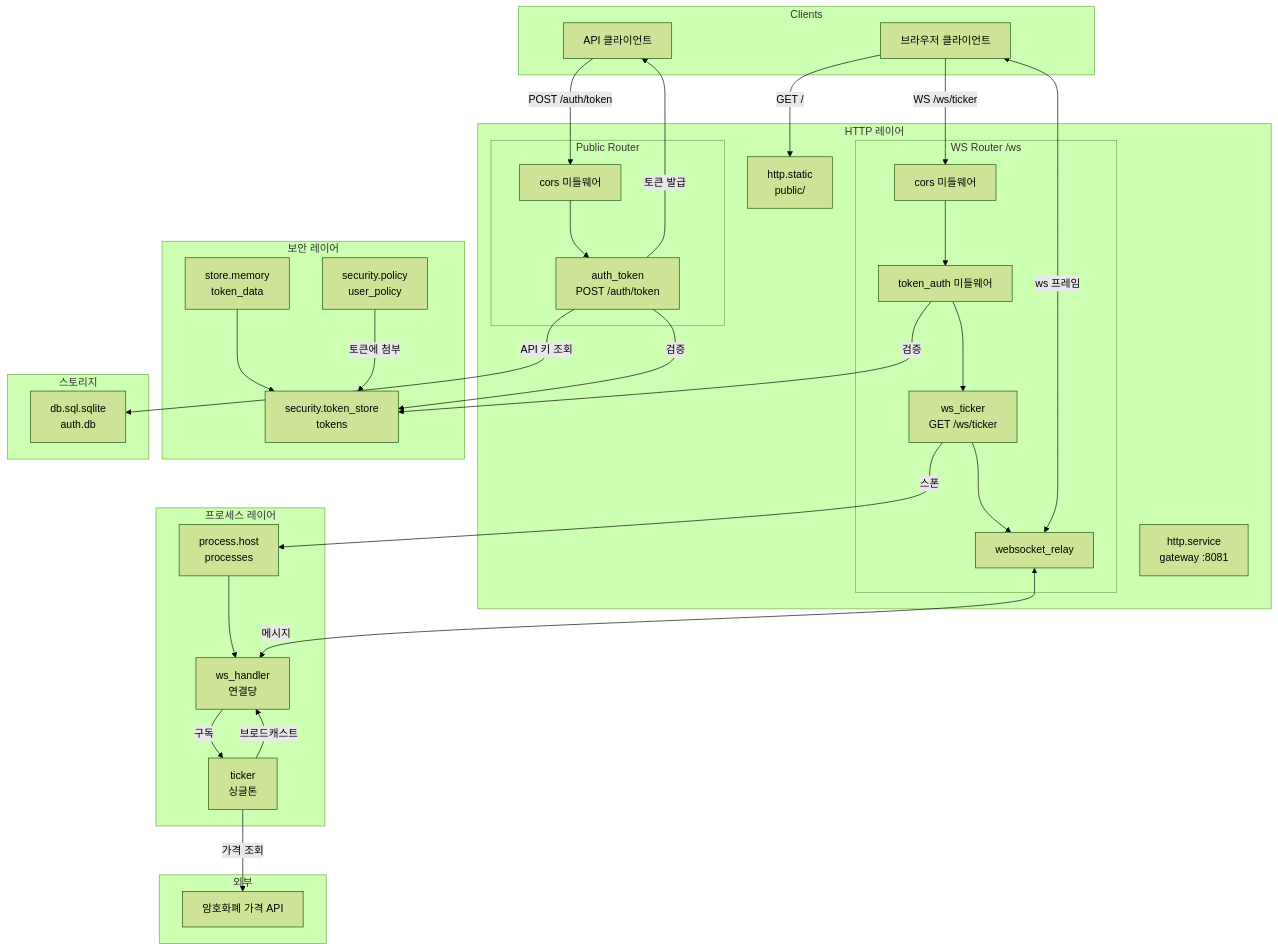
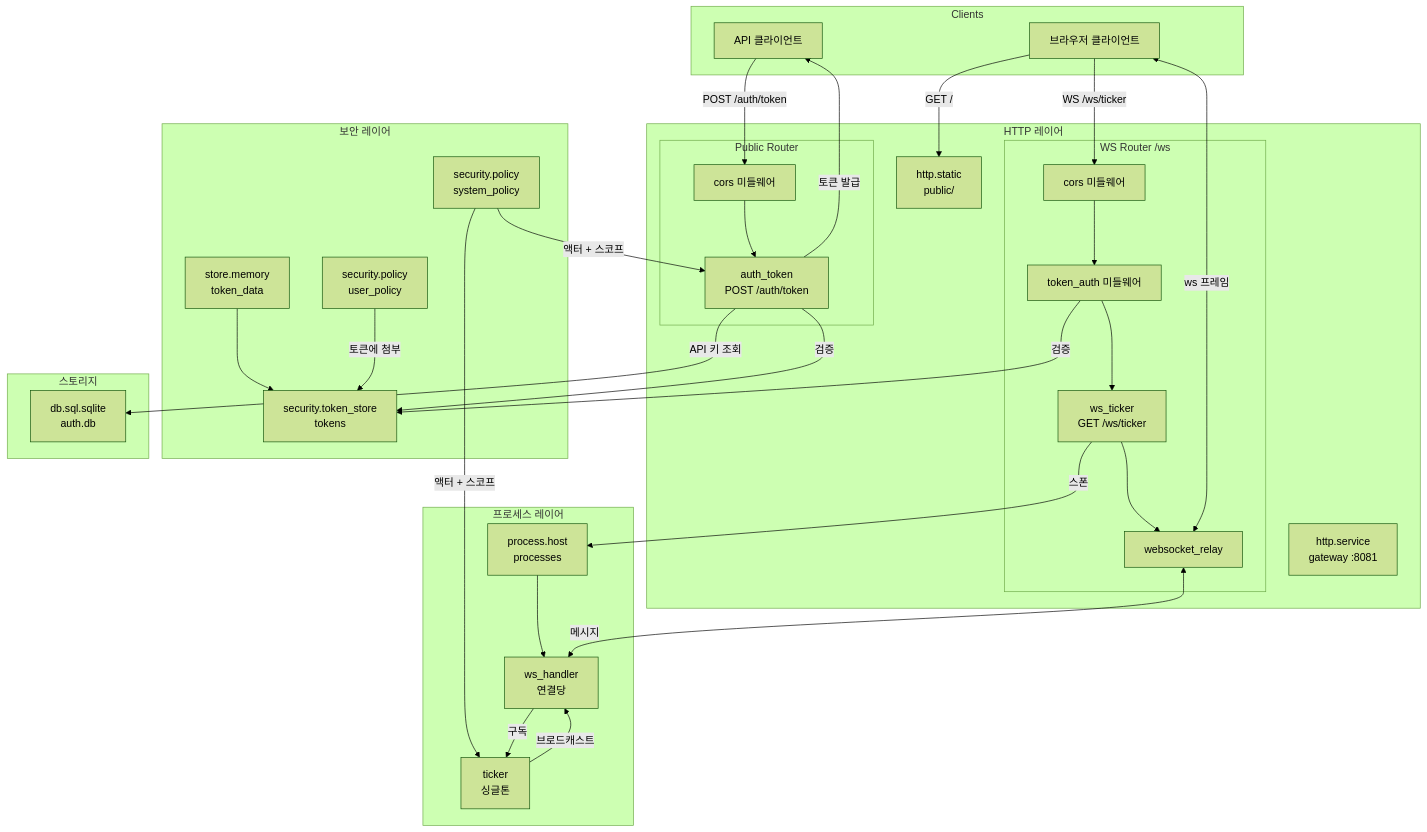
The diagram in ko/tutorials/auth.md (wippyai/docs), drawn with Mermaid (forest theme) before and after one commit. The commit also changed other lines of this file and 143 other files, not shown here.

````diff
--- a/ko/tutorials/auth.md
+++ b/ko/tutorials/auth.md
@@ -36,78 +36,74 @@
 ```mermaid
 flowchart TB
     subgraph Clients
         Browser[브라우저 클라이언트]
         API[API 클라이언트]
     end
 
     subgraph "HTTP 레이어"
         Server[http.service<br/>gateway :8081]
         Static[http.static<br/>public/]
 
         subgraph "Public Router"
             CORS1[cors 미들웨어]
             AuthEndpoint[auth_token<br/>POST /auth/token]
         end
 
         subgraph "WS Router /ws"
             CORS2[cors 미들웨어]
             TokenAuth[token_auth 미들웨어]
             WSEndpoint[ws_ticker<br/>GET /ws/ticker]
             WSRelay[websocket_relay]
         end
     end
 
     subgraph "보안 레이어"
         TokenStore[security.token_store<br/>tokens]
         Policy[security.policy<br/>user_policy]
+        SysPolicy[security.policy<br/>system_policy]
         MemStore[store.memory<br/>token_data]
     end
 
     subgraph "스토리지"
         DB[db.sql.sqlite<br/>auth.db]
     end
 
     subgraph "프로세스 레이어"
         Supervisor[process.host<br/>processes]
         WSHandler[ws_handler<br/>연결당]
         Ticker[ticker<br/>싱글톤]
-    end
-
-    subgraph "외부"
-        CryptoAPI[암호화폐 가격 API]
     end
 
     %% 클라이언트 연결
     Browser -->|"GET /"| Static
     API -->|"POST /auth/token"| CORS1
     Browser -->|"WS /ws/ticker"| CORS2
 
     %% API 흐름
     CORS1 --> AuthEndpoint
     AuthEndpoint -->|검증| TokenStore
     AuthEndpoint -->|"토큰 발급"| API
 
     %% WS 흐름
     CORS2 --> TokenAuth
     TokenAuth -->|검증| TokenStore
     TokenAuth --> WSEndpoint
     WSEndpoint -->|스폰| Supervisor
     Supervisor --> WSHandler
     WSEndpoint --> WSRelay
     WSRelay <-->|"메시지"| WSHandler
 
     %% 토큰 스토어 의존성
     MemStore --> TokenStore
     Policy -->|토큰에 첨부| TokenStore
+    SysPolicy -->|"액터 + 스코프"| AuthEndpoint
+    SysPolicy -->|"액터 + 스코프"| Ticker
 
     %% Auth가 API 키를 위해 DB 사용
     AuthEndpoint -->|API 키 조회| DB
 
     %% 프로세스 통신
     WSHandler -->|구독| Ticker
     Ticker -->|브로드캐스트| WSHandler
     WSRelay <-->|"ws 프레임"| Browser
-
-    %% 외부
-    Ticker -->|가격 조회| CryptoAPI
 ```
````
